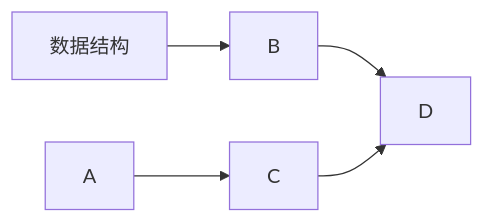
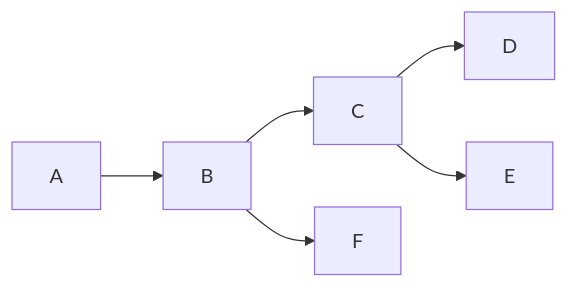
One commit to Maxxxxx-C/DataStructure changed the third of 5 diagrams in 1-before-learning/before-learning.md. Above: the diagram before and after it, drawn with Mermaid. The commit also changed other lines of this file, not shown here.

````diff
--- a/1-before-learning/before-learning.md
+++ b/1-before-learning/before-learning.md
@@ -12,7 +46,6 @@
 ```mermaid
 graph LR;
-    数据结构-->B;
-    A-->C;
-    B-->D;
-    C-->D;
+    A-->B-->C-->D;
+    C-->E;
+    B-->F;
 ```
````
